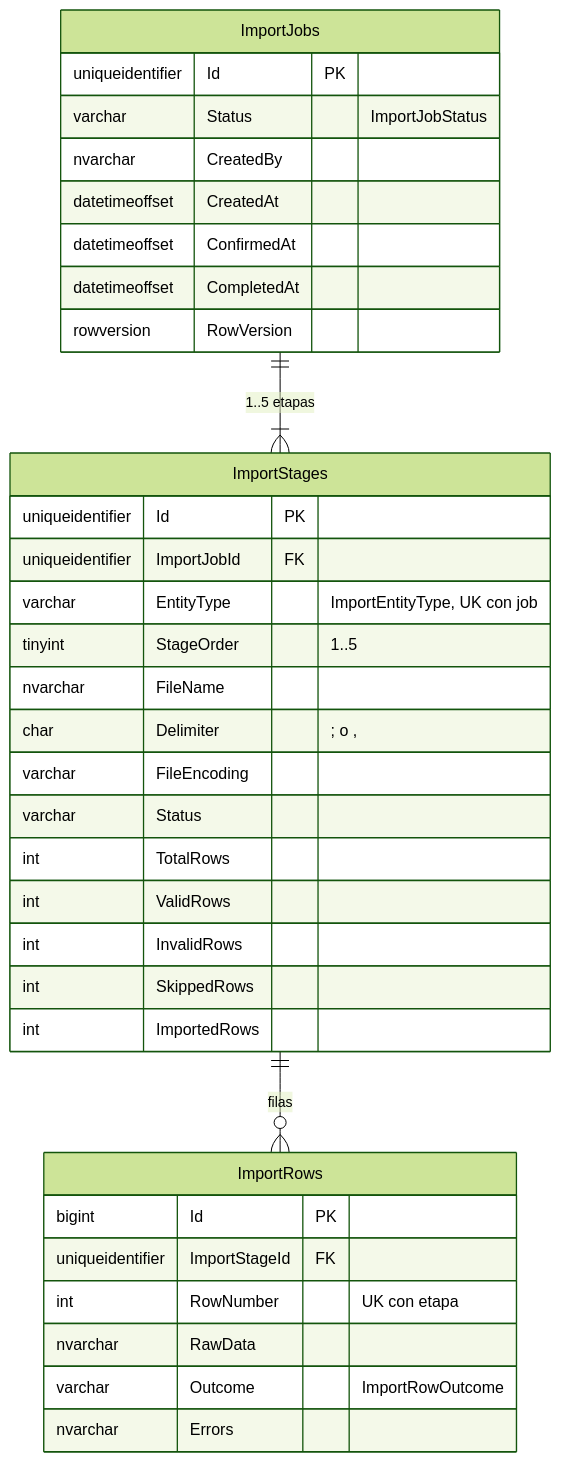
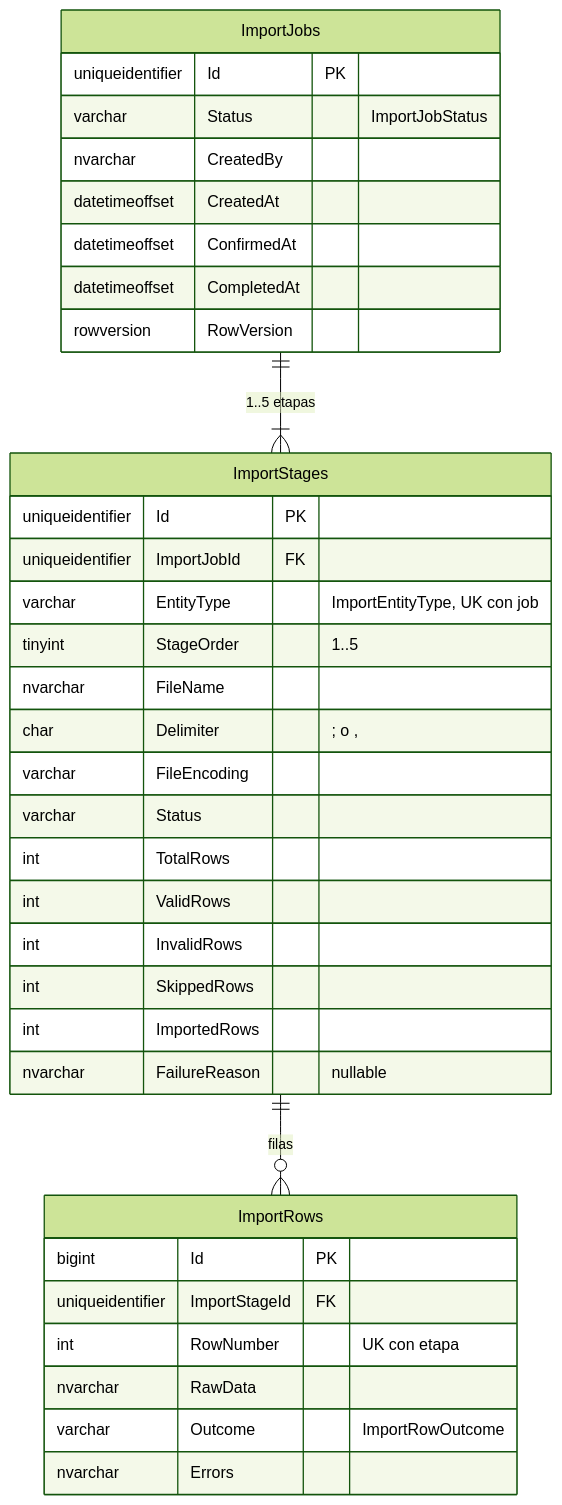
Before and after one commit to dmazo1023/rutaviva-fleet-maintenance-platform: the seventh of 8 diagrams in docs/architecture/data-model.md, drawn with Mermaid (forest theme). The commit also changed other lines of this file and 60 other files, not shown here.

````diff
--- a/docs/architecture/data-model.md
+++ b/docs/architecture/data-model.md
@@ -268,37 +315,38 @@
 ```mermaid
 erDiagram
     ImportJobs ||--|{ ImportStages : "1..5 etapas"
     ImportStages ||--o{ ImportRows : "filas"
     ImportJobs {
         uniqueidentifier Id PK
         varchar Status "ImportJobStatus"
         nvarchar CreatedBy
         datetimeoffset CreatedAt
         datetimeoffset ConfirmedAt
         datetimeoffset CompletedAt
         rowversion RowVersion
     }
     ImportStages {
         uniqueidentifier Id PK
         uniqueidentifier ImportJobId FK
         varchar EntityType "ImportEntityType, UK con job"
         tinyint StageOrder "1..5"
         nvarchar FileName
         char Delimiter "; o ,"
         varchar FileEncoding
         varchar Status
         int TotalRows
         int ValidRows
         int InvalidRows
         int SkippedRows
         int ImportedRows
+        nvarchar FailureReason "nullable"
     }
     ImportRows {
         bigint Id PK
         uniqueidentifier ImportStageId FK
         int RowNumber "UK con etapa"
         nvarchar RawData
         varchar Outcome "ImportRowOutcome"
         nvarchar Errors
     }
 ```
````
